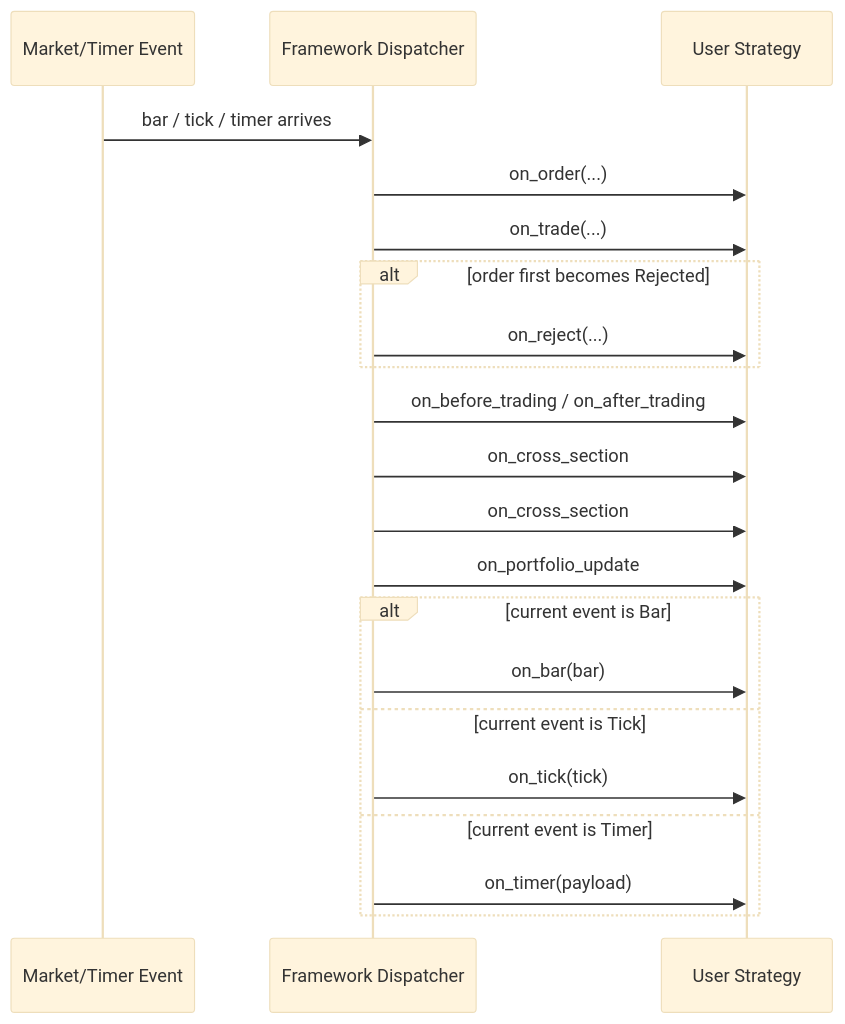
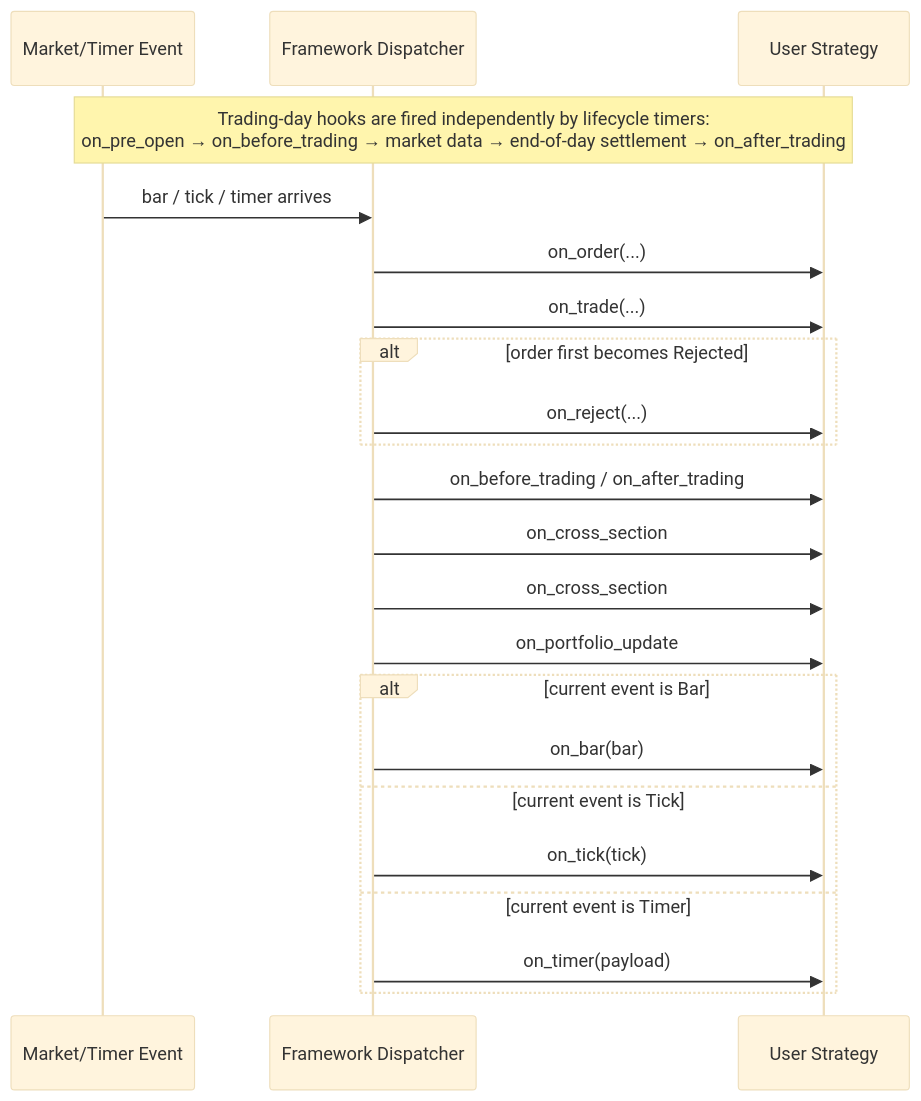
Before and after one commit to akfamily/akquant: the first of 2 diagrams in docs/en/guide/strategy.md, drawn with Mermaid (base theme). The commit also changed other lines of this file and 8 other files, not shown here.

````diff
--- a/docs/en/guide/strategy.md
+++ b/docs/en/guide/strategy.md
@@ -99,24 +98,25 @@
 ```mermaid
 sequenceDiagram
     participant Feed as Market/Timer Event
     participant FW as Framework Dispatcher
     participant Strategy as User Strategy
 
+    Note over Feed,Strategy: Trading-day hooks are fired independently by lifecycle timers:<br/>on_pre_open → on_before_trading → market data → end-of-day settlement → on_after_trading
     Feed->>FW: bar / tick / timer arrives
     FW->>Strategy: on_order(...)
     FW->>Strategy: on_trade(...)
     alt order first becomes Rejected
         FW->>Strategy: on_reject(...)
     end
     FW->>Strategy: on_before_trading / on_after_trading
     FW->>Strategy: on_cross_section
     FW->>Strategy: on_cross_section
     FW->>Strategy: on_portfolio_update
     alt current event is Bar
         FW->>Strategy: on_bar(bar)
     else current event is Tick
         FW->>Strategy: on_tick(tick)
     else current event is Timer
         FW->>Strategy: on_timer(payload)
     end
 ```
````
